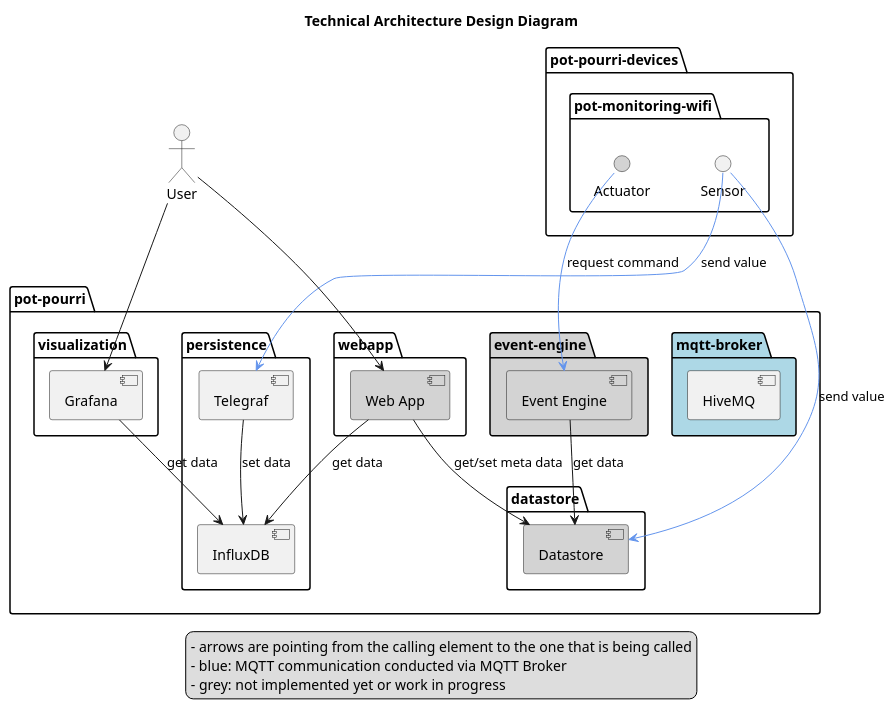
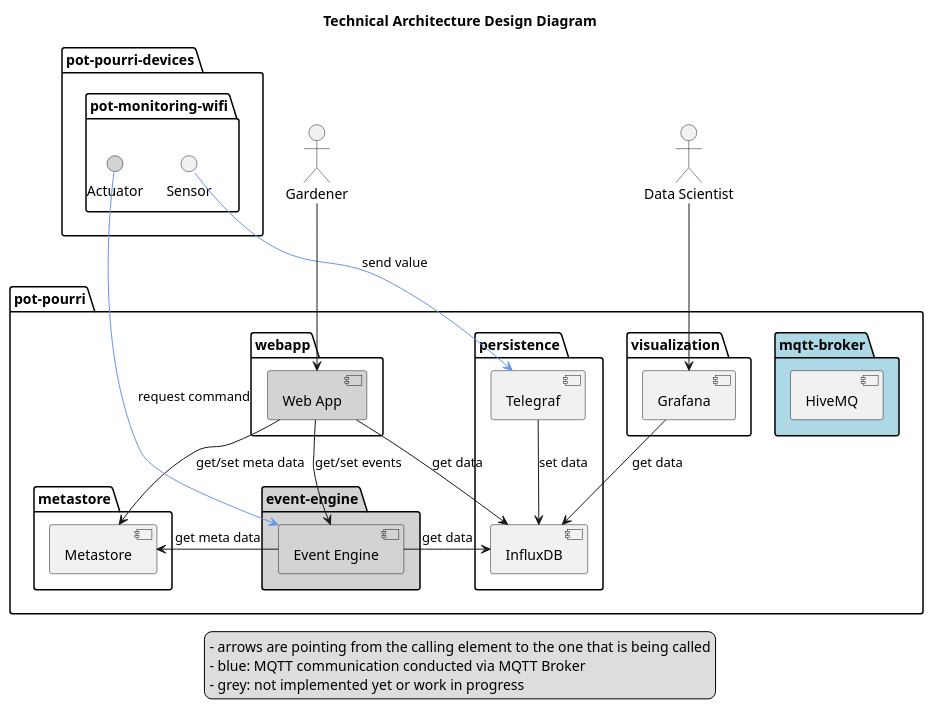
The diagram in docs/technical_architecture_design.plantuml (frederikheld/pot-pourri), drawn with PlantUML before and after one commit.

Commit message:
Adds metastore to architectural diagram

```diff
--- a/docs/technical_architecture_design.plantuml
+++ b/docs/technical_architecture_design.plantuml
@@ -1,66 +1,72 @@
 @startuml
 skinparam componentStyle uml2
 
 title Technical Architecture Design Diagram
 
-actor User
+actor Gardener
+actor :Data Scientist:
 
 package "pot-pourri" {
 
     package "mqtt-broker" #LightBlue {  
         [HiveMQ] as MQTTBroker
     }
-
-    package "event-engine" #LightGrey {
-        [Event Engine] #LightGrey
+    
+    package "visualization" {
+        [Grafana]
     }
 
     package "persistence" {
         [InfluxDB]
         [Telegraf]
     }
-    
-    package "visualization" {
-        [Grafana]
+
+    package "metastore" {
+        [Metastore]
     }
+
+    package "event-engine" #LightGrey {
+        [Event Engine] #LightGrey
+    }
+
+    ' package "datastore" {
+    '     [Datastore] #LightGrey
+    ' }
 
     package "webapp" {
         [Web App] #LightGrey
-    }
-
-    package "datastore" {
-        [Datastore] #LightGrey
     }
 }
 
 package "pot-pourri-devices" {
     package "pot-monitoring-wifi" {
         () "Sensor"
         () "Actuator" #LightGrey
     }
 }
 
-User --> [Grafana]
-
-[Grafana] --> [InfluxDB] : get data
+:Data Scientist: --> [Grafana]
+[Grafana] -[norank]-> [InfluxDB] : get data
 
 [Sensor] --> [Telegraf] #CornflowerBlue : send value
-[Sensor] --> [Datastore] #CornflowerBlue : send value
+' [Sensor] --> [Datastore] #CornflowerBlue : send value
 [Telegraf] --> [InfluxDB] : set data
 
-User --> [Web App]
-[Web App] --> [Datastore] : get/set meta data
+Gardener --> [Web App]
+[Web App] -> [Metastore] : get/set meta data
+[Web App] --> [Event Engine] : get/set events
 [Web App] --> [InfluxDB] : get data
 
-[Event Engine] --> [Datastore] : get data
-[Actuator] --> [Event Engine] #CornflowerBlue : request command
+[Event Engine] -> [InfluxDB] : get data
+[Event Engine] -> [Metastore] : get meta data
+[Actuator] -> [Event Engine] #CornflowerBlue : request command
 
 legend 
     - arrows are pointing from the calling element to the one that is being called
     - blue: MQTT communication conducted via MQTT Broker
     - grey: not implemented yet or work in progress
     'pot-pourri-devices can be found in a separate repository
     'Devices have to call other participants in order to allow energy savings with deep-sleep mode.
     'Deep-sleep mode might not be relevant for Actuators since they will need a lot more energy and therefore an external power supply.
 endlegend
 @enduml
```
